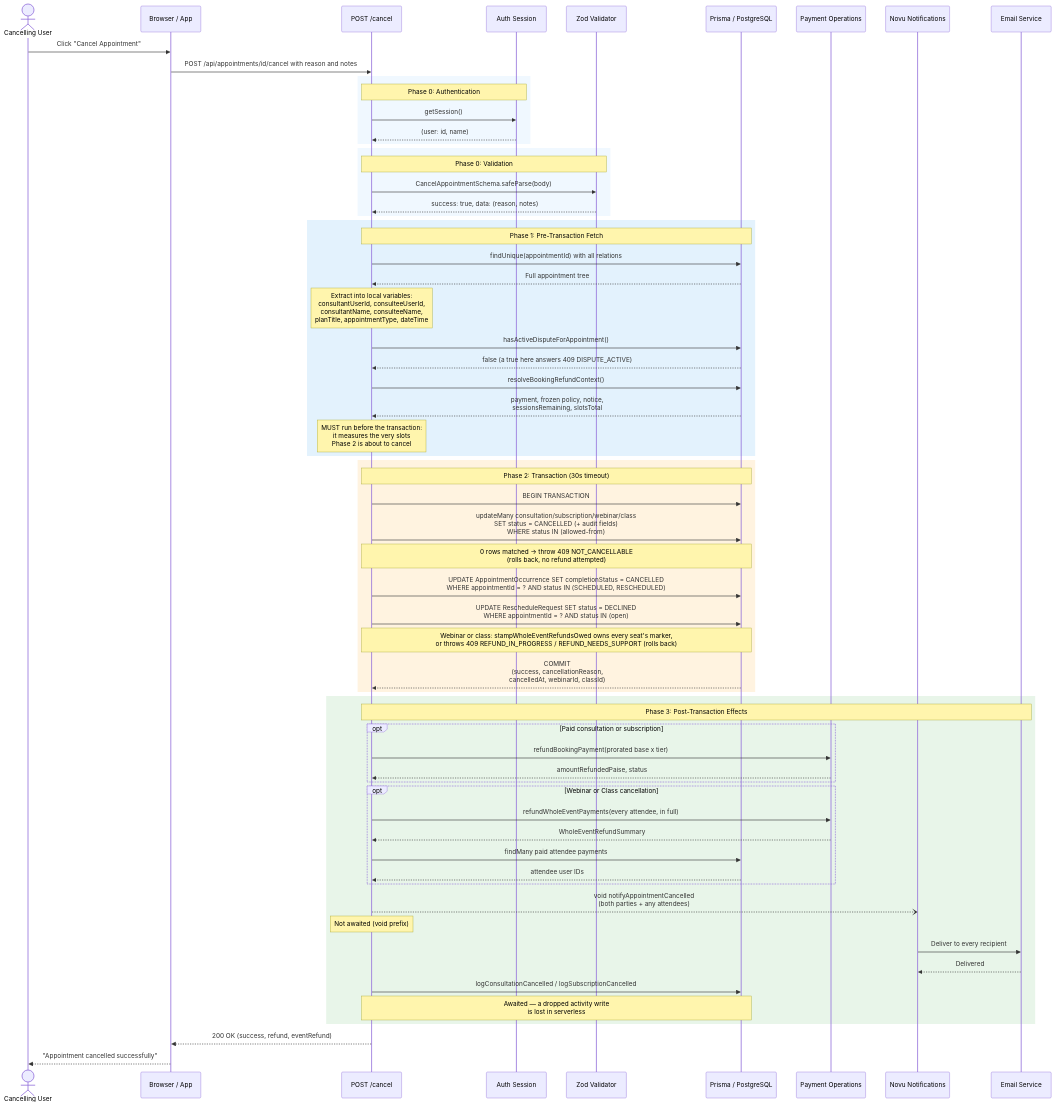
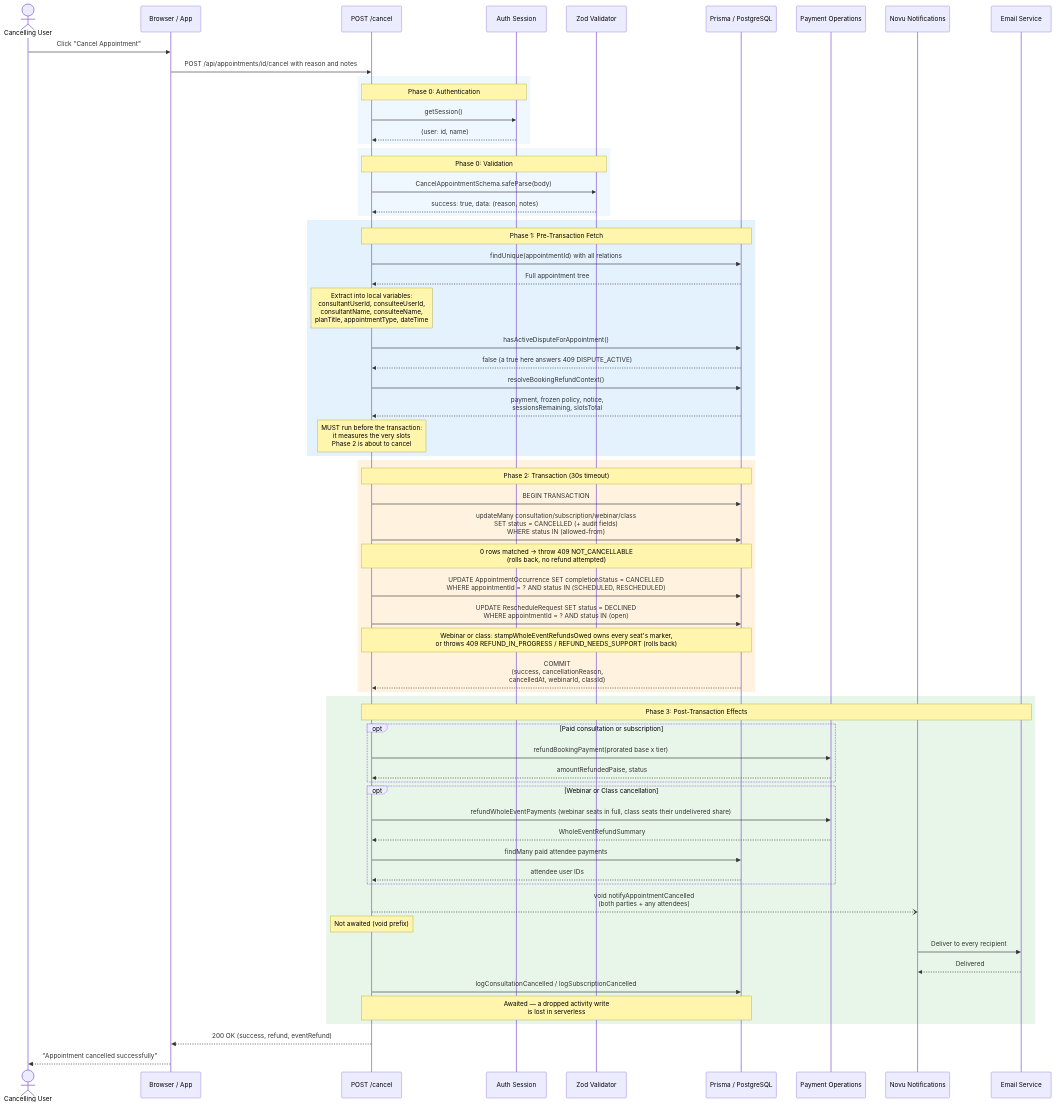
Diagram 14 of 14 in docs/booking/08-cancellation-flow.md (Practitionist/familiarise_web), drawn with Mermaid before and after one commit. The commit also changed other lines of this file and 20 other files, not shown here.

````diff
--- a/docs/booking/08-cancellation-flow.md
+++ b/docs/booking/08-cancellation-flow.md
@@ -1302,77 +1304,77 @@
 ```mermaid
 sequenceDiagram
     actor User as Cancelling User
     participant Client as Browser / App
     participant API as POST /cancel
     participant Auth as Auth Session
     participant Zod as Zod Validator
     participant DB as Prisma / PostgreSQL
     participant Pay as Payment Operations
     participant Novu as Novu Notifications
     participant Email as Email Service
 
     User->>Client: Click "Cancel Appointment"
     Client->>API: POST /api/appointments/id/cancel with reason and notes
 
     rect rgb(240, 248, 255)
         Note over API,Auth: Phase 0: Authentication
         API->>Auth: getSession()
         Auth-->>API: (user: id, name)
     end
 
     rect rgb(240, 248, 255)
         Note over API,Zod: Phase 0: Validation
         API->>Zod: CancelAppointmentSchema.safeParse(body)
         Zod-->>API: success: true, data: (reason, notes)
     end
 
     rect rgb(227, 242, 253)
         Note over API,DB: Phase 1: Pre-Transaction Fetch
         API->>DB: findUnique(appointmentId) with all relations
         DB-->>API: Full appointment tree
         Note over API: Extract into local variables:<br/>consultantUserId, consulteeUserId,<br/>consultantName, consulteeName,<br/>planTitle, appointmentType, dateTime
         API->>DB: hasActiveDisputeForAppointment()
         DB-->>API: false (a true here answers 409 DISPUTE_ACTIVE)
         API->>DB: resolveBookingRefundContext()
         DB-->>API: payment, frozen policy, notice,<br/>sessionsRemaining, slotsTotal
         Note over API: MUST run before the transaction:<br/>it measures the very slots<br/>Phase 2 is about to cancel
     end
 
     rect rgb(255, 243, 224)
         Note over API,DB: Phase 2: Transaction (30s timeout)
         API->>DB: BEGIN TRANSACTION
         API->>DB: updateMany consultation/subscription/webinar/class<br/>SET status = CANCELLED (+ audit fields)<br/>WHERE status IN (allowed-from)
         Note over API,DB: 0 rows matched -> throw 409 NOT_CANCELLABLE<br/>(rolls back, no refund attempted)
         API->>DB: UPDATE AppointmentOccurrence SET completionStatus = CANCELLED<br/>WHERE appointmentId = ? AND status IN (SCHEDULED, RESCHEDULED)
         API->>DB: UPDATE RescheduleRequest SET status = DECLINED<br/>WHERE appointmentId = ? AND status IN (open)
         Note over API,DB: Webinar or class: stampWholeEventRefundsOwed owns every seat's marker,<br/>or throws 409 REFUND_IN_PROGRESS / REFUND_NEEDS_SUPPORT (rolls back)
         DB-->>API: COMMIT<br/>(success, cancellationReason,<br/>cancelledAt, webinarId, classId)
     end
 
     rect rgb(232, 245, 233)
         Note over API,Email: Phase 3: Post-Transaction Effects
 
         opt Paid consultation or subscription
             API->>Pay: refundBookingPayment(prorated base x tier)
             Pay-->>API: amountRefundedPaise, status
         end
 
         opt Webinar or Class cancellation
-            API->>Pay: refundWholeEventPayments(every attendee, in full)
+            API->>Pay: refundWholeEventPayments (webinar seats in full, class seats their undelivered share)
             Pay-->>API: WholeEventRefundSummary
             API->>DB: findMany paid attendee payments
             DB-->>API: attendee user IDs
         end
 
         API--)Novu: void notifyAppointmentCancelled<br/>(both parties + any attendees)
         Note over API: Not awaited (void prefix)
         Novu->>Email: Deliver to every recipient
         Email-->>Novu: Delivered
 
         API->>DB: logConsultationCancelled / logSubscriptionCancelled
         Note over API,DB: Awaited — a dropped activity write<br/>is lost in serverless
     end
 
     API-->>Client: 200 OK (success, refund, eventRefund)
     Client-->>User: "Appointment cancelled successfully"
 ```
````
